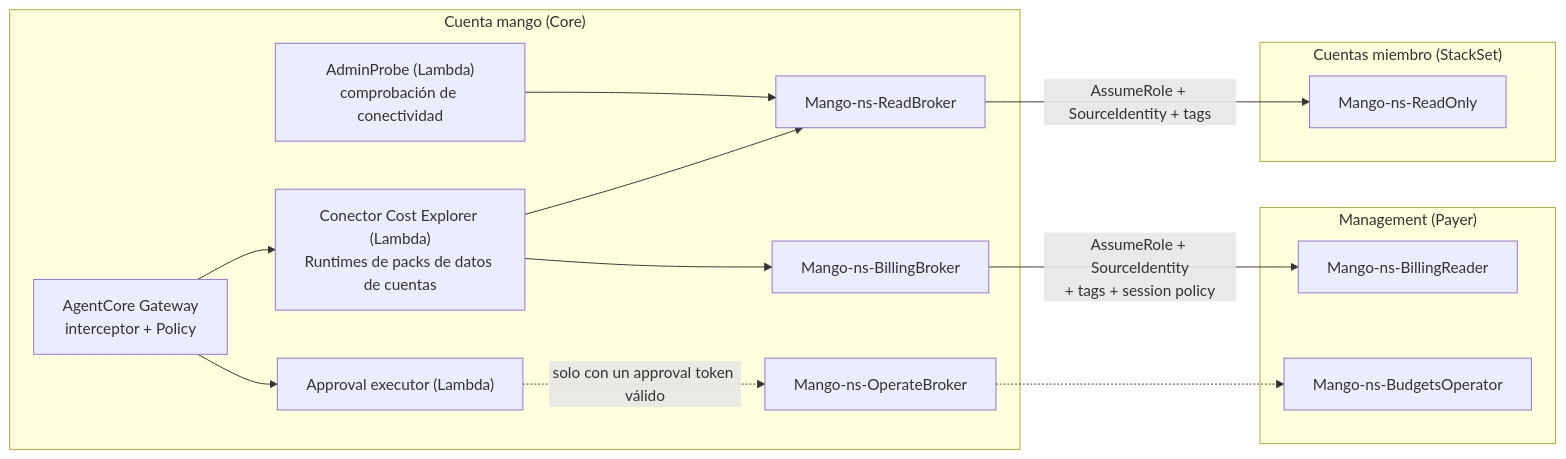
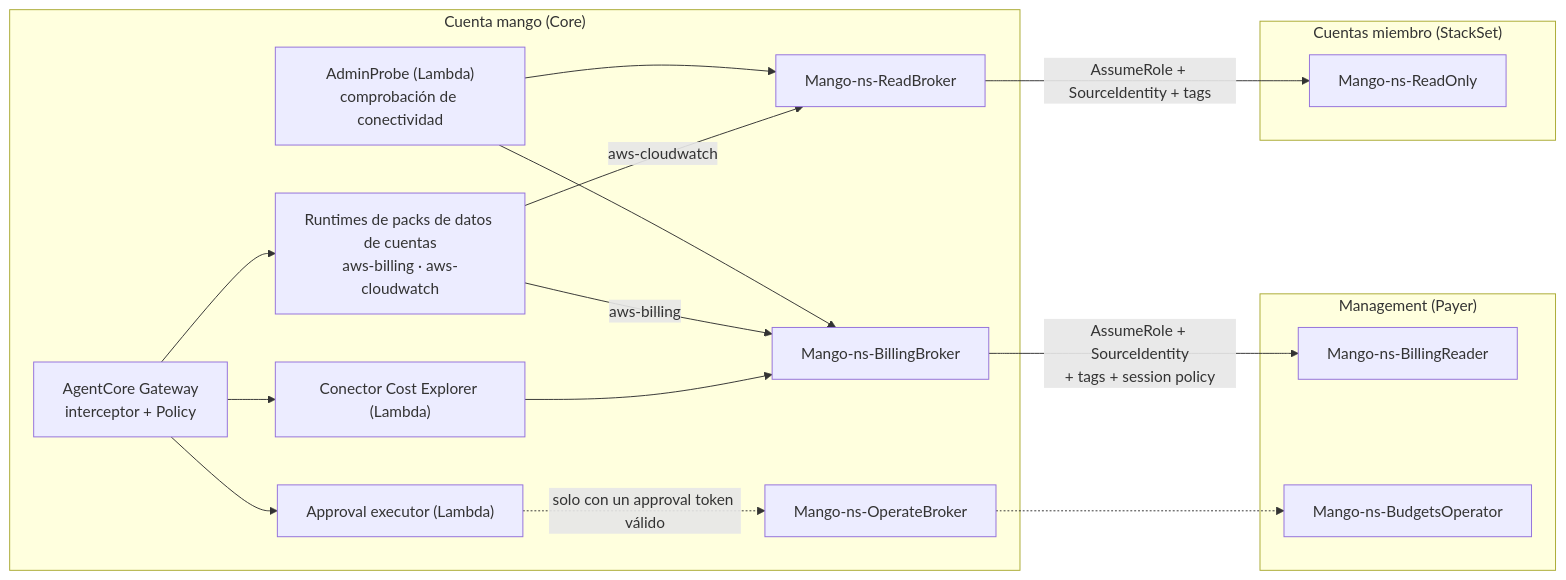
The second of 2 diagrams in docs/architecture/reference-architecture.md (jhonmezaa/mango), drawn with Mermaid before and after one commit. The commit also changed other lines of this file and 1 other file, not shown here.

Commit message:
docs(architecture): broker arrows in the Mermaid diagrams follow the trust policies
The Cost Explorer connector cannot assume ReadBroker and AdminProbe may also
assume BillingBroker; the packs reach the payer through BillingBroker and the
member accounts through ReadBroker. The request flow page of the draw.io file
names the reconciliation source as the AgentCore traces.

````diff
--- a/docs/architecture/reference-architecture.md
+++ b/docs/architecture/reference-architecture.md
@@ -517,25 +517,31 @@
 ```mermaid
 flowchart LR
   subgraph MANGO["Cuenta mango (Core)"]
     GW["AgentCore Gateway<br/>interceptor + Policy"]
-    C["Conector Cost Explorer (Lambda)<br/>Runtimes de packs de datos de cuentas"]
+    C["Conector Cost Explorer (Lambda)"]
+    PK["Runtimes de packs de datos de cuentas<br/>aws-billing · aws-cloudwatch"]
     AP["AdminProbe (Lambda)<br/>comprobación de conectividad"]
     AE["Approval executor (Lambda)"]
     RB["Mango-ns-ReadBroker"]
     BB["Mango-ns-BillingBroker"]
     OB["Mango-ns-OperateBroker"]
   end
   subgraph MGMT["Management (Payer)"]
     BR["Mango-ns-BillingReader"]
     BO["Mango-ns-BudgetsOperator"]
   end
   subgraph MEM["Cuentas miembro (StackSet)"]
     RO["Mango-ns-ReadOnly"]
   end
   GW --> C
+  GW --> PK
   GW --> AE
-  C --> BB -- "AssumeRole + SourceIdentity<br/>+ tags + session policy" --> BR
-  C --> RB -- "AssumeRole + SourceIdentity + tags" --> RO
+  C --> BB
+  PK -- "aws-billing" --> BB
+  PK -- "aws-cloudwatch" --> RB
+  AP --> BB
   AP --> RB
+  BB -- "AssumeRole + SourceIdentity<br/>+ tags + session policy" --> BR
+  RB -- "AssumeRole + SourceIdentity + tags" --> RO
   AE -. "solo con un approval token válido" .-> OB -.-> BO
 ```
````
